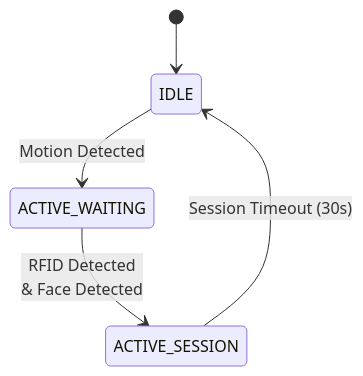
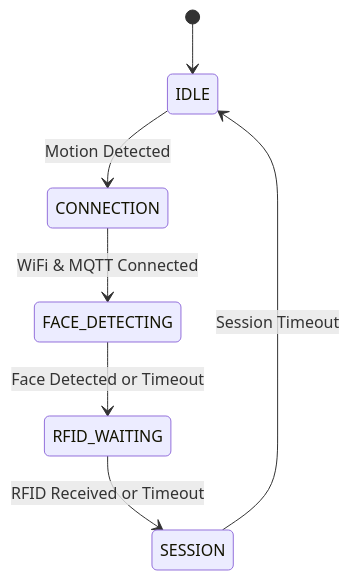
The first of 2 diagrams in ESP32-Arduino-Framework-NOFACEDETECTIOn/README.md (KalebCole/Campus-Security-and-Evacuation-System), drawn with Mermaid before and after one commit. The commit also changed other lines of this file and 10 other files, not shown here.

````diff
--- a/ESP32-Arduino-Framework-NOFACEDETECTIOn/README.md
+++ b/ESP32-Arduino-Framework-NOFACEDETECTIOn/README.md
@@ -37,7 +40,9 @@
 ```mermaid
 stateDiagram-v2
     [*] --> IDLE
-    IDLE --> ACTIVE_WAITING: Motion Detected
-    ACTIVE_WAITING --> ACTIVE_SESSION: RFID Detected<br/>& Face Detected
-    ACTIVE_SESSION --> IDLE: Session Timeout (30s)
+    IDLE --> CONNECTION: Motion Detected
+    CONNECTION --> FACE_DETECTING: WiFi & MQTT Connected
+    FACE_DETECTING --> RFID_WAITING: Face Detected or Timeout
+    RFID_WAITING --> SESSION: RFID Received or Timeout
+    SESSION --> IDLE: Session Timeout
 ```
````
